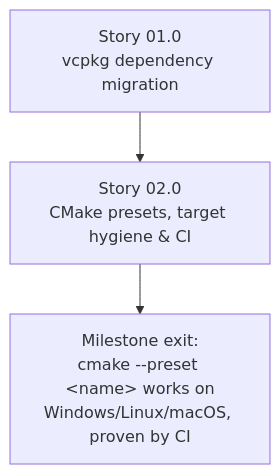
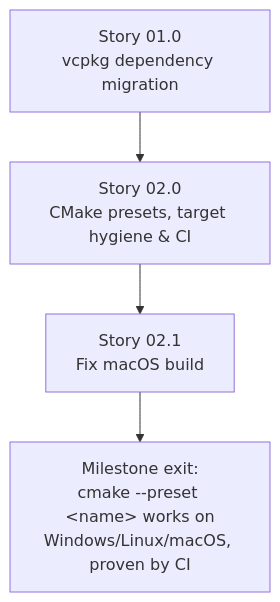
The diagram in docs/roadmap/0001-portable-build-system-and-dependencies/plan.md (yuchdev/SmbiosUtil), drawn with Mermaid before and after one commit. The commit also changed other lines of this file and 5 other files, not shown here.

First line of the commit message:
Add Story 02.1 (fix macOS build) to milestone 0001

````diff
--- a/docs/roadmap/0001-portable-build-system-and-dependencies/plan.md
+++ b/docs/roadmap/0001-portable-build-system-and-dependencies/plan.md
@@ -64,5 +100,6 @@
 ```mermaid
 flowchart TD
     A["Story 01.0<br/>vcpkg dependency migration"] --> B["Story 02.0<br/>CMake presets, target hygiene & CI"]
-    B --> M["Milestone exit:<br/>cmake --preset &lt;name&gt; works on<br/>Windows/Linux/macOS, proven by CI"]
+    B --> C["Story 02.1<br/>Fix macOS build"]
+    C --> M["Milestone exit:<br/>cmake --preset &lt;name&gt; works on<br/>Windows/Linux/macOS, proven by CI"]
 ```
````
